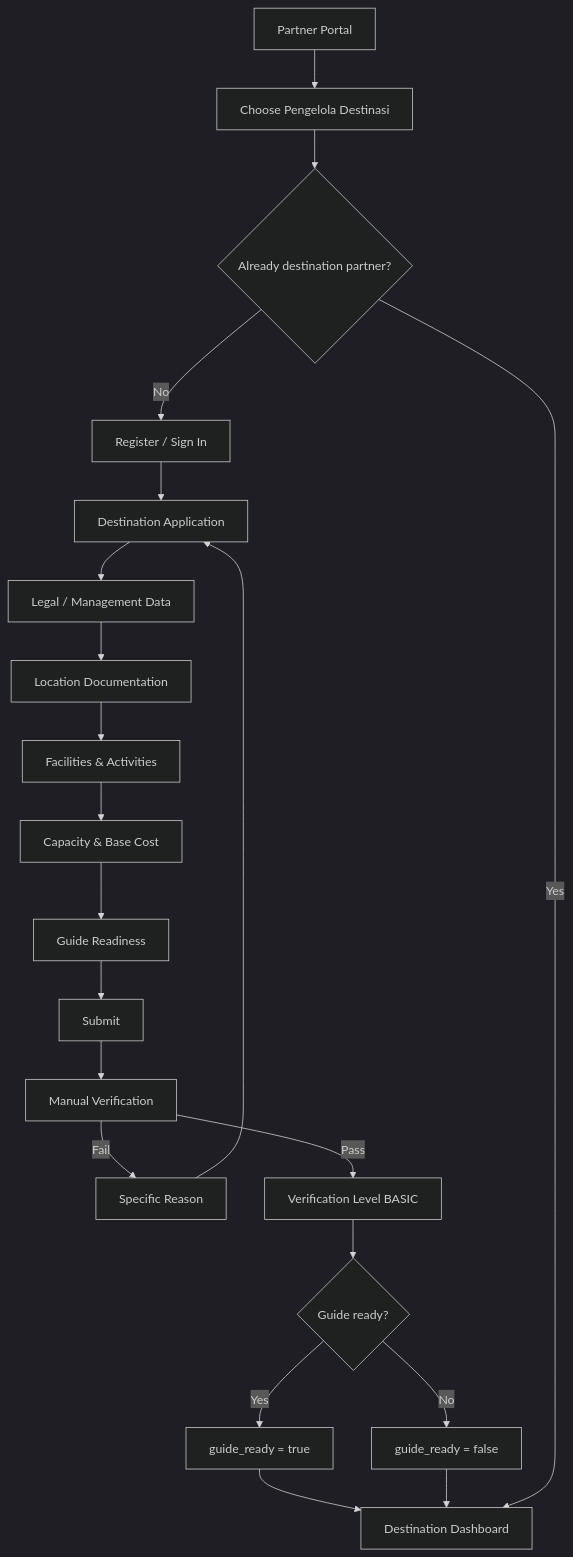
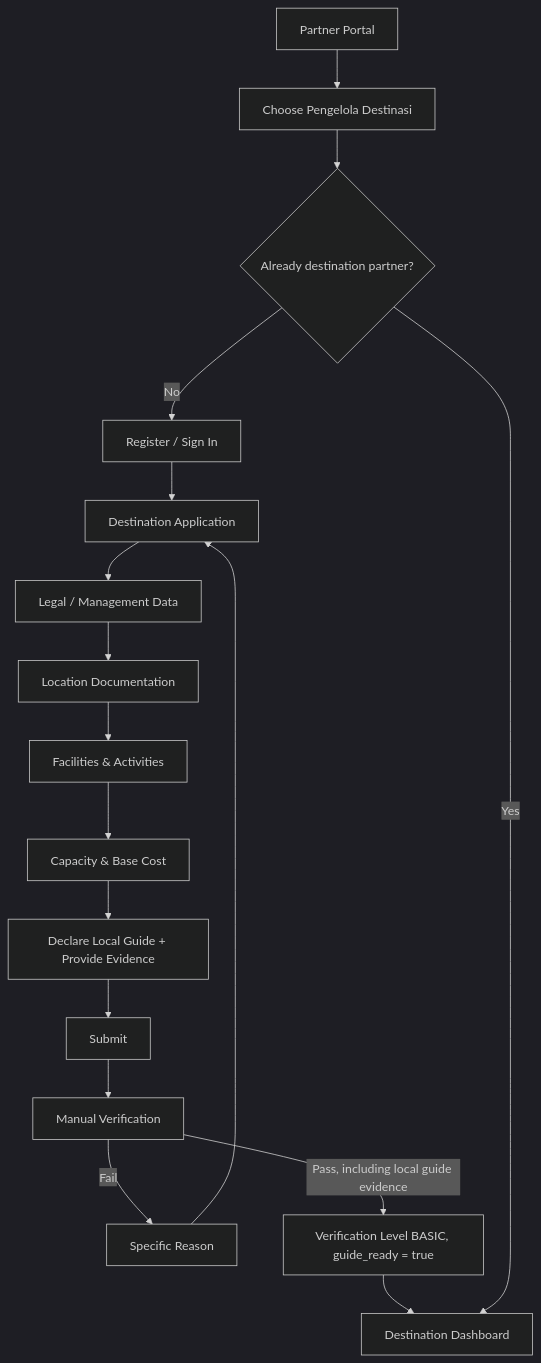
Before and after one commit to Vluuuu/JedaIn: diagram 15 of 26 in docs/SYSTEM_FLOW.md, drawn with Mermaid (dark theme). The commit also changed other lines of this file and 15 other files, not shown here.

First line of the commit message:
fix(destination): finish unified verification audit after #105

````diff
--- a/docs/SYSTEM_FLOW.md
+++ b/docs/SYSTEM_FLOW.md
@@ -486,27 +486,23 @@
 ```mermaid
 flowchart TD
     A[Partner Portal] --> B[Choose Pengelola Destinasi]
     B --> C{Already destination partner?}
 
     C -- No --> D[Register / Sign In]
     D --> E[Destination Application]
     E --> F[Legal / Management Data]
     F --> G[Location Documentation]
     G --> H[Facilities & Activities]
     H --> I[Capacity & Base Cost]
-    I --> J[Guide Readiness]
+    I --> J[Declare Local Guide + Provide Evidence]
     J --> K[Submit]
     K --> L[Manual Verification]
 
     L -- Fail --> M[Specific Reason]
     M --> E
 
-    L -- Pass --> N[Verification Level BASIC]
-    N --> O{Guide ready?}
-    O -- Yes --> P[guide_ready = true]
-    O -- No --> Q[guide_ready = false]
-    P --> R[Destination Dashboard]
-    Q --> R
+    L -- Pass, including local guide evidence --> N[Verification Level BASIC, guide_ready = true]
+    N --> R[Destination Dashboard]
 
     C -- Yes --> R
 ```
````
